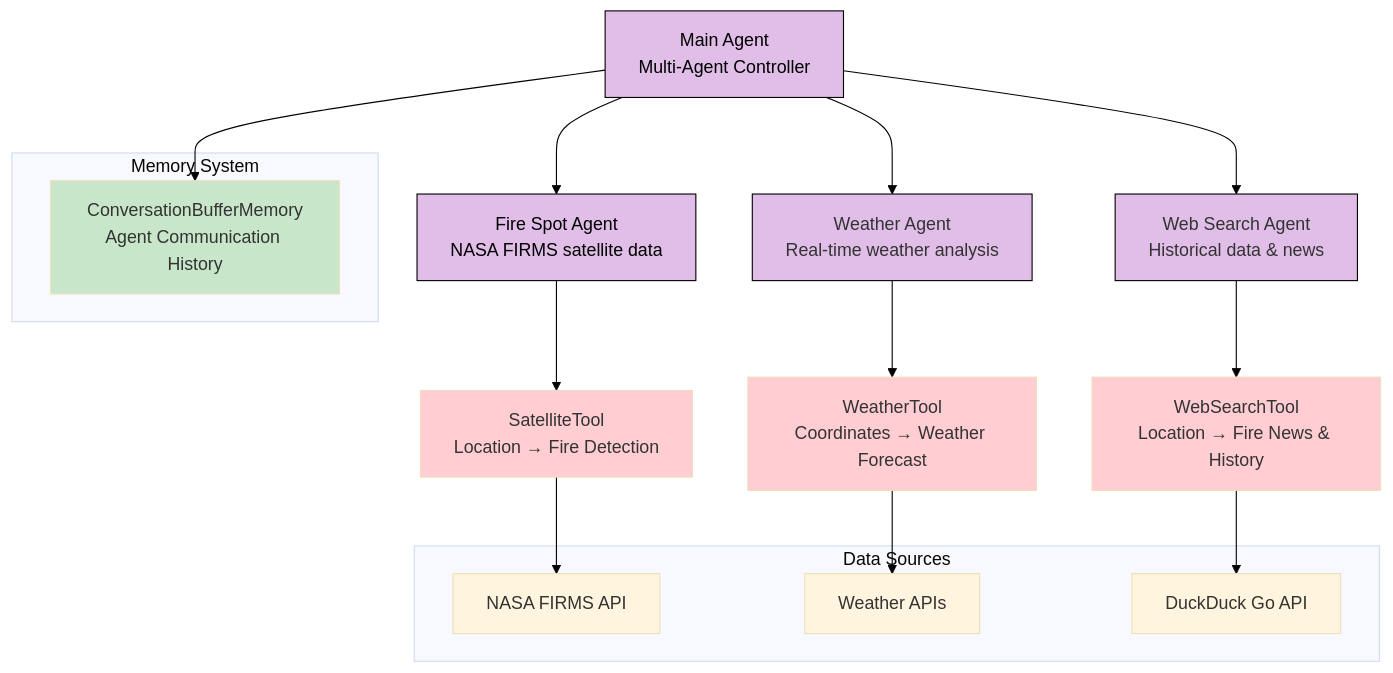
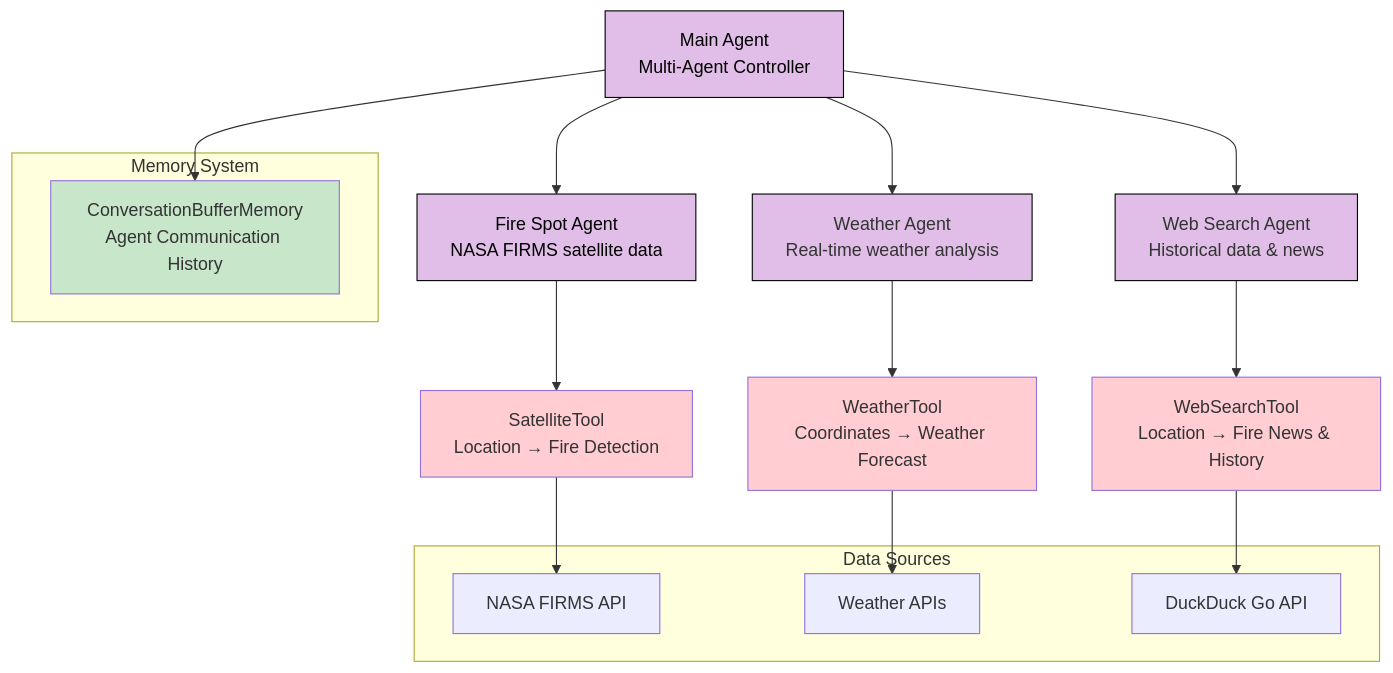
One commit to sjsreehari/PyroScan-AI changed the diagram in README.md. Above: the diagram before and after it, drawn with Mermaid.

````diff
--- a/README.md
+++ b/README.md
@@ -37,46 +37,46 @@
 ```mermaid
 ---
 config:
-  theme: base
+  theme: default
   look: classic
   themeVariables:
       background: '#ffffff'
 
 ---
 flowchart TD
  subgraph subGraph0["Memory System"]
         A2["ConversationBufferMemory<br>Agent Communication History"]
   end
  subgraph subGraph1["Data Sources"]
         E["NASA FIRMS API"]
         F["Weather APIs"]
         G["DuckDuck Go API"]
   end
     A["Main Agent<br>Multi-Agent Controller"] --> B["Weather Agent<br>Real-time weather analysis"] & C["Web Search Agent<br>Historical data &amp; news"] & D["Fire Spot Agent<br>NASA FIRMS satellite data"] & A2
     B --> B1["WeatherTool<br>Coordinates → Weather Forecast"]
     C --> C1["WebSearchTool<br>Location → Fire News &amp; History"]
     D --> D1["SatelliteTool<br>Location → Fire Detection"]
     B1 --> F
     C1 --> G
     D1 --> E
      A:::Sky
      A:::Rose
      A:::Pine
      A:::Peach
      B:::Class_02
      C:::Class_02
      D:::Rose
      D:::Class_02
     classDef Sky stroke-width:1px, stroke-dasharray:none, stroke:#374D7C, fill:#E2EBFF, color:#374D7C
     classDef Rose stroke-width:1px, stroke-dasharray:none, stroke:#FF5978, fill:#FFDFE5, color:#8E2236
     classDef Pine stroke-width:1px, stroke-dasharray:none, stroke:#254336, fill:#27654A, color:#FFFFFF
     classDef Peach stroke-width:1px, stroke-dasharray:none, stroke:#FBB35A, fill:#FFEFDB, color:#8F632D
     classDef Class_02 fill:#E1BEE7, stroke:#000000
     style A2 fill:#C8E6C9
     style A fill:#E1BEE7,stroke-width:1px,stroke-dasharray: 0,stroke:#000000,color:#000000
     style D fill:#E1BEE7,stroke:#000000,color:#000000
     style B1 fill:#FFCDD2
     style C1 fill:#FFCDD2
     style D1 fill:#FFCDD2
 
 ```
````
